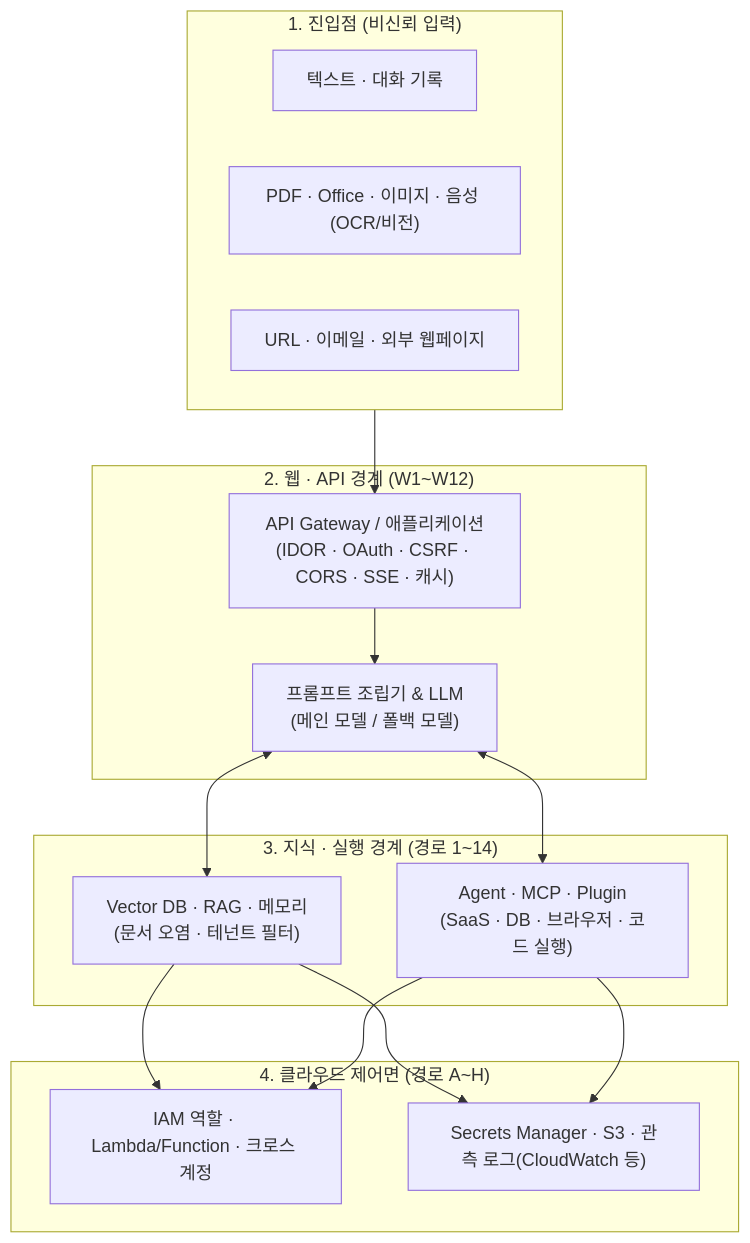
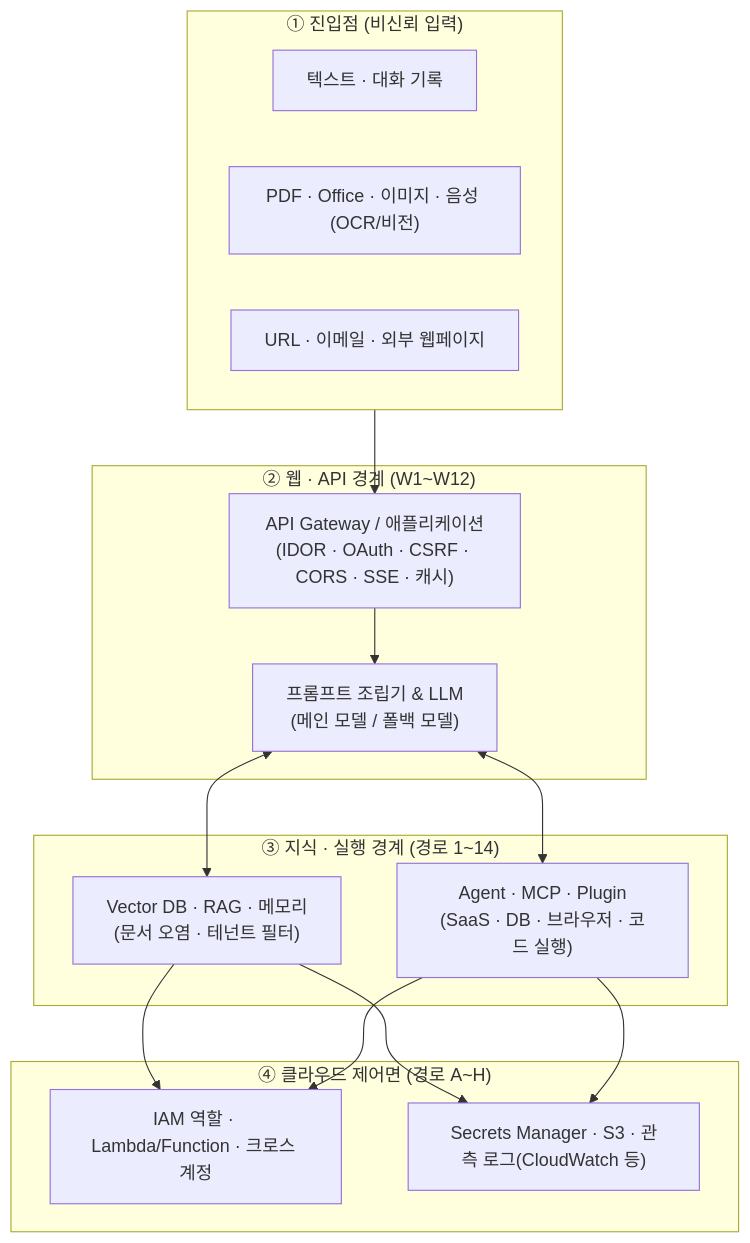
One commit to gooyong-sec/gooyong-sec.github.io changed the diagram in content/LLM/LLM 서비스와 클라우드 공격 경로 — 실무 진단 체크리스트.md. Above: the diagram before and after it, drawn with Mermaid. The commit also changed 28 other files, not shown here.

First line of the commit message:
fix: eliminate remaining mermaid markdown-list misparse across all diagrams

````diff
--- a/content/LLM/LLM 서비스와 클라우드 공격 경로 — 실무 진단 체크리스트.md
+++ b/content/LLM/LLM 서비스와 클라우드 공격 경로 — 실무 진단 체크리스트.md
@@ -21,24 +21,24 @@
 ```mermaid
 flowchart TD
-    subgraph Entry["1. 진입점 (비신뢰 입력)"]
+    subgraph Entry["① 진입점 (비신뢰 입력)"]
         E1["텍스트 · 대화 기록"]
         E2["PDF · Office · 이미지 · 음성 (OCR/비전)"]
         E3["URL · 이메일 · 외부 웹페이지"]
     end
-    subgraph Web_API["2. 웹 · API 경계 (W1~W12)"]
+    subgraph Web_API["② 웹 · API 경계 (W1~W12)"]
         GW["API Gateway / 애플리케이션<br/>(IDOR · OAuth · CSRF · CORS · SSE · 캐시)"]
         Prompt["프롬프트 조립기 & LLM<br/>(메인 모델 / 폴백 모델)"]
     end
-    subgraph Context_Tool["3. 지식 · 실행 경계 (경로 1~14)"]
+    subgraph Context_Tool["③ 지식 · 실행 경계 (경로 1~14)"]
         RAG["Vector DB · RAG · 메모리<br/>(문서 오염 · 테넌트 필터)"]
         Agent["Agent · MCP · Plugin<br/>(SaaS · DB · 브라우저 · 코드 실행)"]
     end
-    subgraph Cloud["4. 클라우드 제어면 (경로 A~H)"]
+    subgraph Cloud["④ 클라우드 제어면 (경로 A~H)"]
         IAM["IAM 역할 · Lambda/Function · 크로스 계정"]
         Sec["Secrets Manager · S3 · 관측 로그(CloudWatch 등)"]
     end
     Entry --> GW --> Prompt
     Prompt <--> RAG
     Prompt <--> Agent
     RAG & Agent --> IAM & Sec
 ```
````
